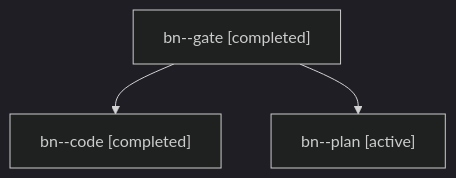
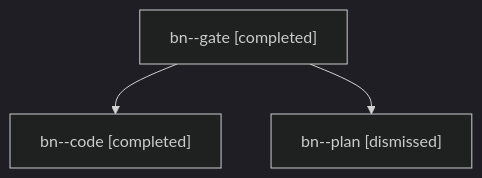
One commit to bobs-org/bob-cli--agents changed the diagram in sessions/bbugyi200.apollo.bn.md. Above: the diagram before and after it, drawn with Mermaid (dark theme). The commit also changed other lines of this file and 24 other files, not shown here.

````diff
--- a/sessions/bbugyi200.apollo.bn.md
+++ b/sessions/bbugyi200.apollo.bn.md
@@ -9,8 +9,8 @@
 ```mermaid
 flowchart TD
   n0["bn--gate [completed]"]
   n1["bn--code [completed]"]
   n0 --> n1
-  n2["bn--plan [active]"]
+  n2["bn--plan [dismissed]"]
   n0 --> n2
 ```
````
